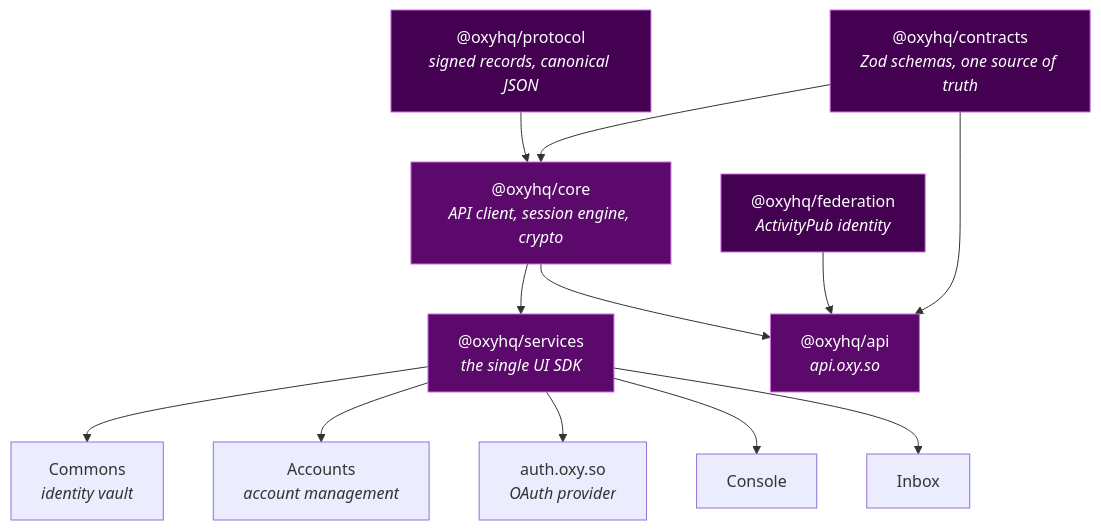
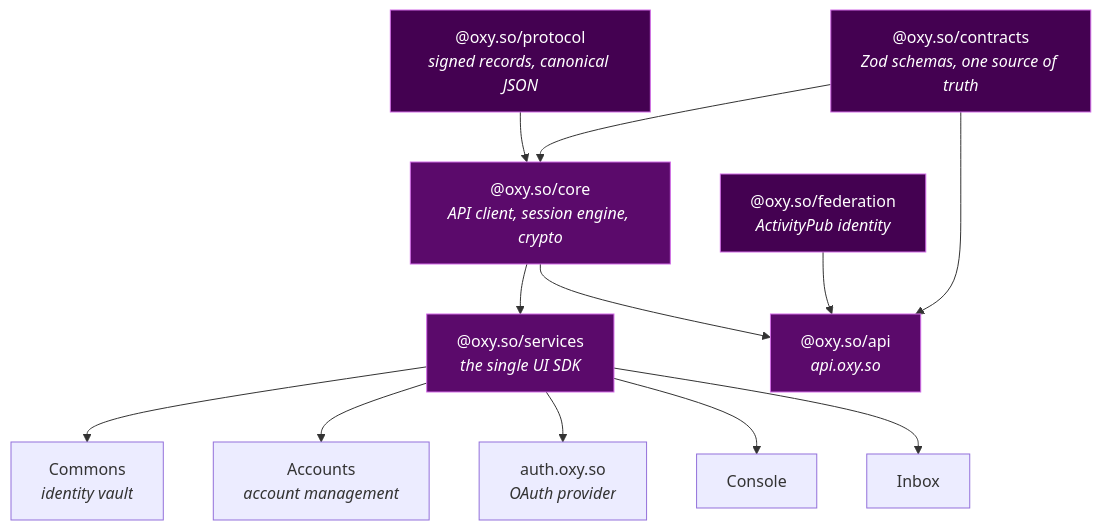
One commit to OxyHQ/oxy changed the diagram in README.md. Above: the diagram before and after it, drawn with Mermaid. The commit also changed other lines of this file and 1569 other files, not shown here.

````diff
--- a/README.md
+++ b/README.md
@@ -52,21 +52,21 @@
 ```mermaid
 graph TD
-    P["@oxyhq/protocol<br/><i>signed records, canonical JSON</i>"] --> C["@oxyhq/core<br/><i>API client, session engine, crypto</i>"]
-    K["@oxyhq/contracts<br/><i>Zod schemas, one source of truth</i>"] --> C
-    K --> A["@oxyhq/api<br/><i>api.oxy.so</i>"]
-    F["@oxyhq/federation<br/><i>ActivityPub identity</i>"] --> A
-    C --> S["@oxyhq/services<br/><i>the single UI SDK</i>"]
+    P["@oxy.so/protocol<br/><i>signed records, canonical JSON</i>"] --> C["@oxy.so/core<br/><i>API client, session engine, crypto</i>"]
+    K["@oxy.so/contracts<br/><i>Zod schemas, one source of truth</i>"] --> C
+    K --> A["@oxy.so/api<br/><i>api.oxy.so</i>"]
+    F["@oxy.so/federation<br/><i>ActivityPub identity</i>"] --> A
+    C --> S["@oxy.so/services<br/><i>the single UI SDK</i>"]
     C --> A
     S --> Commons["Commons<br/><i>identity vault</i>"]
     S --> Accounts["Accounts<br/><i>account management</i>"]
     S --> IdP["auth.oxy.so<br/><i>OAuth provider</i>"]
     S --> Console["Console"]
     S --> Inbox["Inbox"]
 
     style P fill:#440151,stroke:#D26AE7,color:#fff
     style K fill:#440151,stroke:#D26AE7,color:#fff
     style F fill:#440151,stroke:#D26AE7,color:#fff
     style C fill:#5B0A6B,stroke:#D26AE7,color:#fff
     style A fill:#5B0A6B,stroke:#D26AE7,color:#fff
     style S fill:#5B0A6B,stroke:#D26AE7,color:#fff
 ```
````
